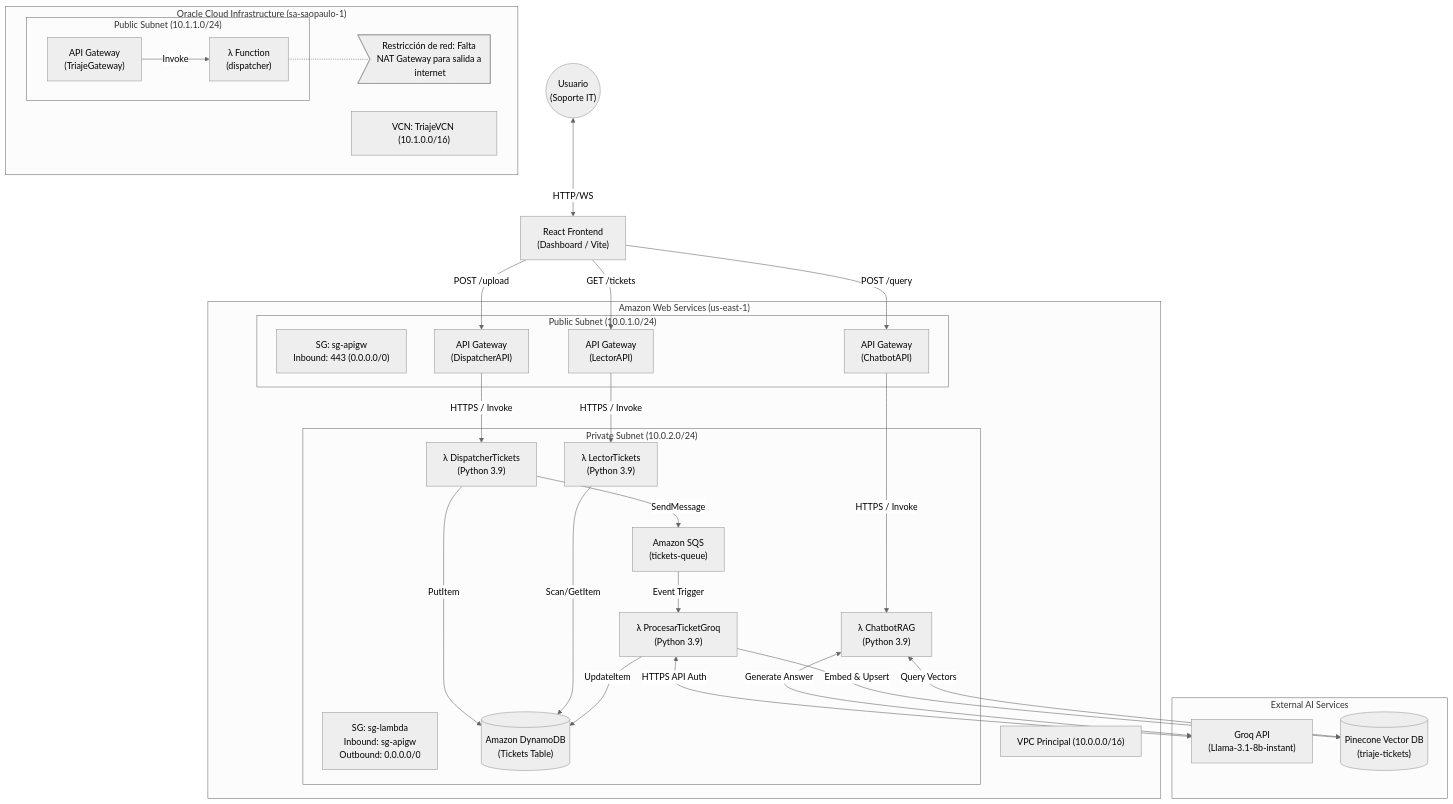
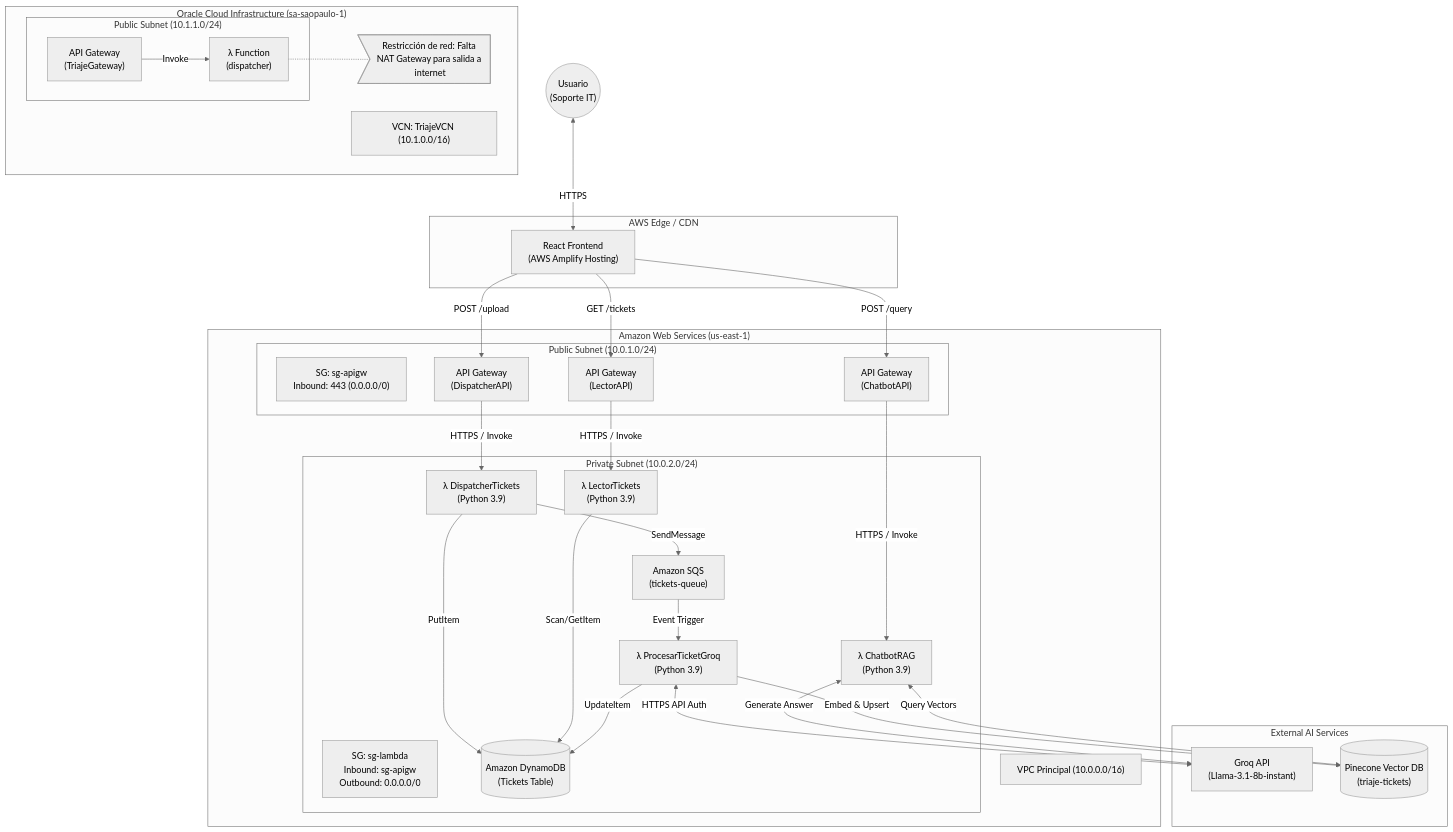
Before and after one commit to gmborjasb/hackathon-triaje-it: the diagram in ARQUITECTURA.md, drawn with Mermaid (neutral theme). The commit also changed 4 other files, not shown here.

Commit message:
docs: documentar AWS Amplify frontend y script de actualización manual

````diff
--- a/ARQUITECTURA.md
+++ b/ARQUITECTURA.md
@@ -7,77 +7,80 @@
 ```mermaid
 graph TD
     %% Usuarios y Frontend
     User(("Usuario<br/>(Soporte IT)"))
-    Frontend["React Frontend<br/>(Dashboard / Vite)"]
     
-    User <-->|HTTP/WS| Frontend
+    subgraph "AWS Edge / CDN"
+        Frontend["React Frontend<br/>(AWS Amplify Hosting)"]
+    end
+    
+    User <-->|HTTPS| Frontend
 
     %% Región OCI Secundaria (Parcialmente implementada)
     subgraph "Oracle Cloud Infrastructure (sa-saopaulo-1)"
         VCN["VCN: TriajeVCN (10.1.0.0/16)"]
         
         subgraph "Public Subnet (10.1.1.0/24)"
             OCIGW["API Gateway<br/>(TriajeGateway)"]
             OCIFN["λ Function<br/>(dispatcher)"]
             
             OCIGW -->|Invoke| OCIFN
         end
         
         noteOCI>Restricción de red: Falta NAT Gateway para salida a internet]
         OCIFN -.- noteOCI
     end
 
     %% Región AWS Principal
     subgraph "Amazon Web Services (us-east-1)"
         VPC["VPC Principal (10.0.0.0/16)"]
         
         subgraph "Public Subnet (10.0.1.0/24)"
             SG_API["SG: sg-apigw<br/>Inbound: 443 (0.0.0.0/0)"]
             
             GW_Write["API Gateway<br/>(DispatcherAPI)"]
             GW_Read["API Gateway<br/>(LectorAPI)"]
             GW_Chat["API Gateway<br/>(ChatbotAPI)"]
         end
         
         subgraph "Private Subnet (10.0.2.0/24)"
             SG_LAMBDA["SG: sg-lambda<br/>Inbound: sg-apigw<br/>Outbound: 0.0.0.0/0"]
             
             L_Write["λ DispatcherTickets<br/>(Python 3.9)"]
             L_Read["λ LectorTickets<br/>(Python 3.9)"]
             L_Process["λ ProcesarTicketGroq<br/>(Python 3.9)"]
             L_Chat["λ ChatbotRAG<br/>(Python 3.9)"]
             
             SQS["Amazon SQS<br/>(tickets-queue)"]
             DDB[("Amazon DynamoDB<br/>(Tickets Table)")]
         end
         
         %% Conexiones internas AWS
         GW_Write -->|HTTPS / Invoke| L_Write
         GW_Read -->|HTTPS / Invoke| L_Read
         GW_Chat -->|HTTPS / Invoke| L_Chat
         
         L_Write -->|PutItem| DDB
         L_Write -->|SendMessage| SQS
         L_Read -->|Scan/GetItem| DDB
         
         SQS -->|Event Trigger| L_Process
         L_Process -->|UpdateItem| DDB
     end
 
     %% Servicios de IA Externos
     subgraph "External AI Services"
         Groq["Groq API<br/>(Llama-3.1-8b-instant)"]
         Pinecone[("Pinecone Vector DB<br/>(triaje-tickets)")]
     end
 
     %% Conexiones Frontend -> AWS
     Frontend -->|POST /upload| GW_Write
     Frontend -->|GET /tickets| GW_Read
     Frontend -->|POST /query| GW_Chat
 
     %% Conexiones Lambda -> AI
     L_Process <-->|HTTPS API Auth| Groq
     L_Process -->|Embed & Upsert| Pinecone
     L_Chat <-->|Query Vectors| Pinecone
     L_Chat <-->|Generate Answer| Groq
 ```
````
